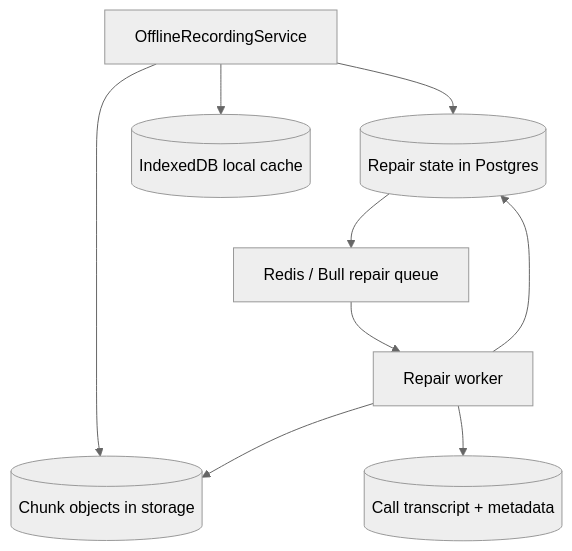
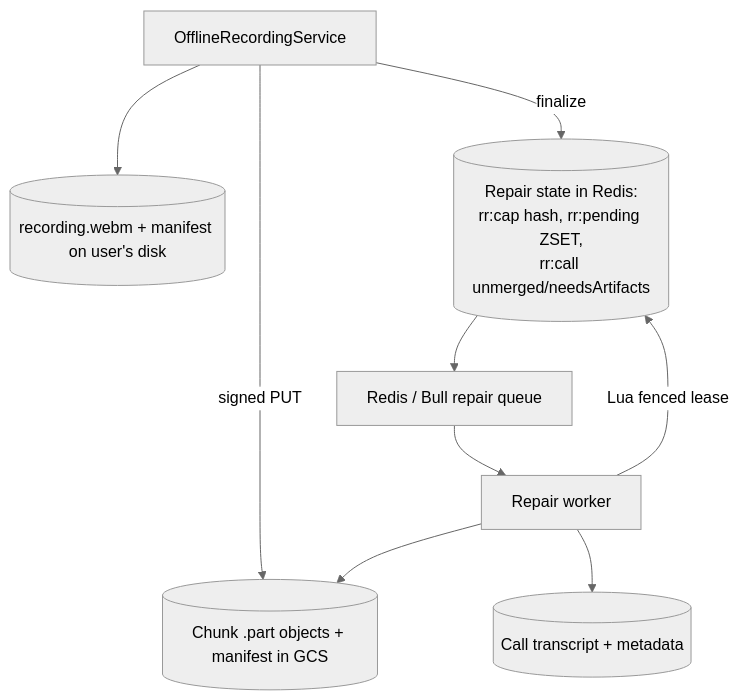
Before and after one commit to juspay/xyne-spaces: the second of 4 diagrams in docs/local-recording-fallback-vs-main.md, drawn with Mermaid (neutral theme). The commit also changed other lines of this file and 40 other files, not shown here.

````diff
--- a/docs/local-recording-fallback-vs-main.md
+++ b/docs/local-recording-fallback-vs-main.md
@@ -87,12 +117,12 @@
 ```mermaid
 flowchart TD
-    FE[OfflineRecordingService] --> DB[(Repair state in Postgres)]
-    FE --> GCS[(Chunk objects in storage)]
-    FE --> IDX[(IndexedDB local cache)]
+    FE[OfflineRecordingService] --> FS[(recording.webm + manifest on user's disk)]
+    FE -->|signed PUT| GCS[(Chunk .part objects + manifest in GCS)]
+    FE -->|finalize| STATE[(Repair state in Redis:<br/>rr:cap hash, rr:pending ZSET,<br/>rr:call unmerged/needsArtifacts)]
 
-    DB --> Q[Redis / Bull repair queue]
+    STATE --> Q[Redis / Bull repair queue]
     Q --> WK[Repair worker]
-    WK --> DB
+    WK -->|Lua fenced lease| STATE
     WK --> GCS
     WK --> CALL[(Call transcript + metadata)]
 ```
````
